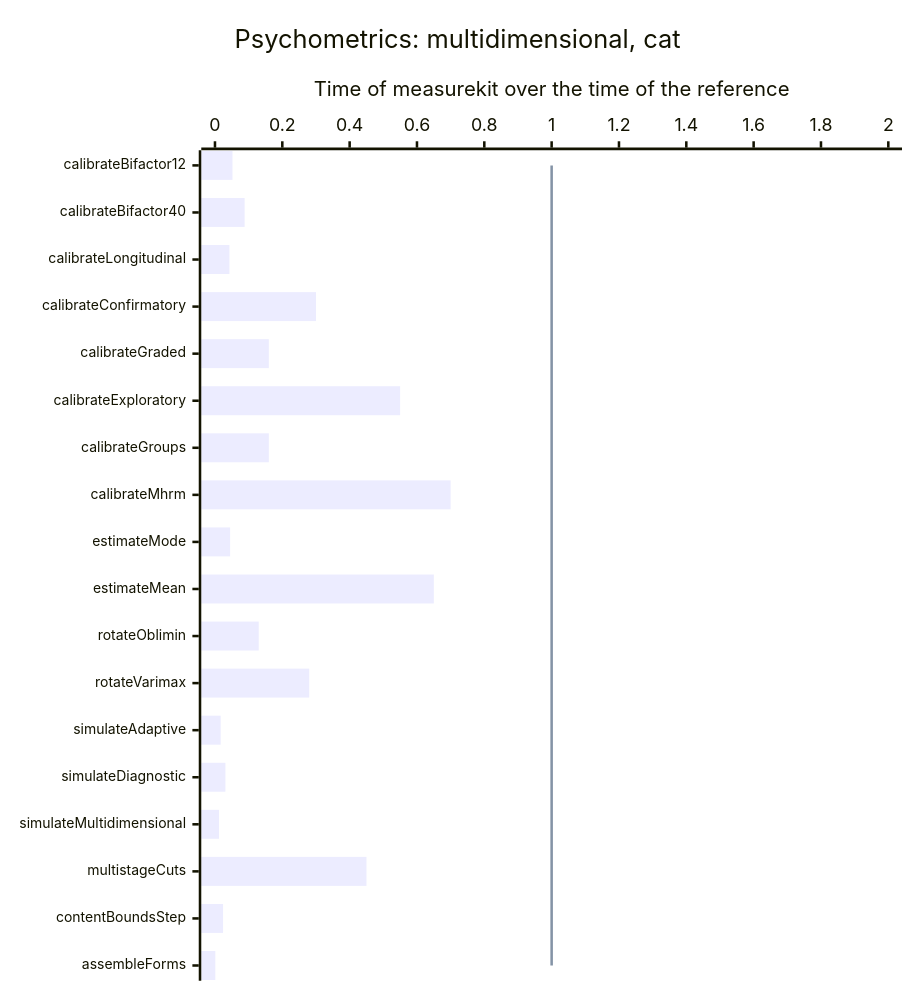
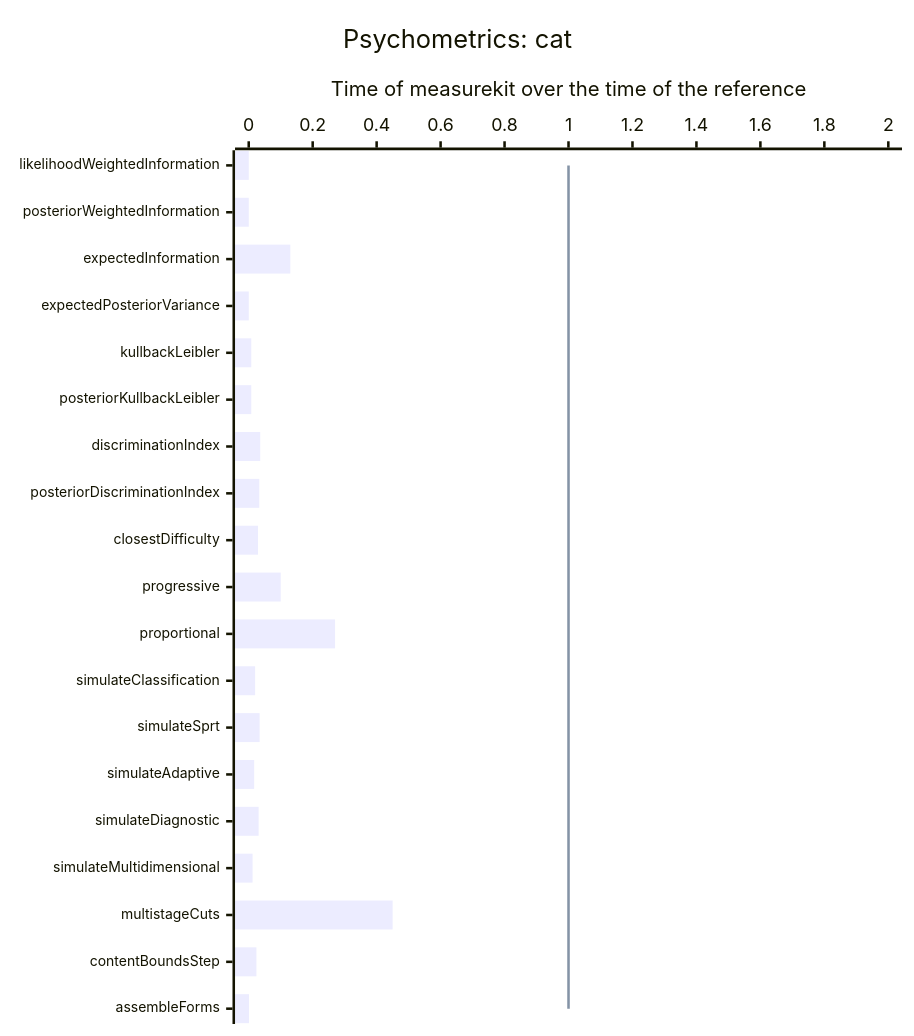
One commit to measurekit/measurekit changed the fourth of 15 diagrams in docs/performance.md. Above: the diagram before and after it, drawn with Mermaid. The commit also changed other lines of this file and 1 other file, not shown here.

First line of the commit message:
Give the performance guide the rows and charts of fit, cat, the evaluation of automated scores and person scalability, and the timing of RSMTool

````diff
--- a/docs/performance.md
+++ b/docs/performance.md
@@ -33,9 +43,9 @@
 ```mermaid
-%%{init: {"xyChart": {"height": 762, "xAxis": {"labelFontSize": 11}}}}%%
+%%{init: {"xyChart": {"height": 796, "xAxis": {"labelFontSize": 11}}}}%%
 xychart-beta horizontal
-  title "Psychometrics: multidimensional, cat"
-  x-axis ["calibrateBifactor12", "calibrateBifactor40", "calibrateLongitudinal", "calibrateConfirmatory", "calibrateGraded", "calibrateExploratory", "calibrateGroups", "calibrateMhrm", "estimateMode", "estimateMean", "rotateOblimin", "rotateVarimax", "simulateAdaptive", "simulateDiagnostic", "simulateMultidimensional", "multistageCuts", "contentBoundsStep", "assembleForms"]
+  title "Psychometrics: cat"
+  x-axis ["likelihoodWeightedInformation", "posteriorWeightedInformation", "expectedInformation", "expectedPosteriorVariance", "kullbackLeibler", "posteriorKullbackLeibler", "discriminationIndex", "posteriorDiscriminationIndex", "closestDifficulty", "progressive", "proportional", "simulateClassification", "simulateSprt", "simulateAdaptive", "simulateDiagnostic", "simulateMultidimensional", "multistageCuts", "contentBoundsStep", "assembleForms"]
   y-axis "Time of measurekit over the time of the reference" 0 --> 2
-  bar [0.052, 0.088, 0.043, 0.3, 0.16, 0.55, 0.16, 0.7, 0.045, 0.65, 0.13, 0.28, 0.017, 0.031, 0.012, 0.45, 0.024, 0.001]
-  line [1, 1, 1, 1, 1, 1, 1, 1, 1, 1, 1, 1, 1, 1, 1, 1, 1, 1]
+  bar [0.00017, 0.00017, 0.13, 0.00016, 0.008, 0.008, 0.036, 0.033, 0.029, 0.1, 0.27, 0.02, 0.034, 0.017, 0.031, 0.012, 0.45, 0.024, 0.001]
+  line [1, 1, 1, 1, 1, 1, 1, 1, 1, 1, 1, 1, 1, 1, 1, 1, 1, 1, 1]
 ```
````
